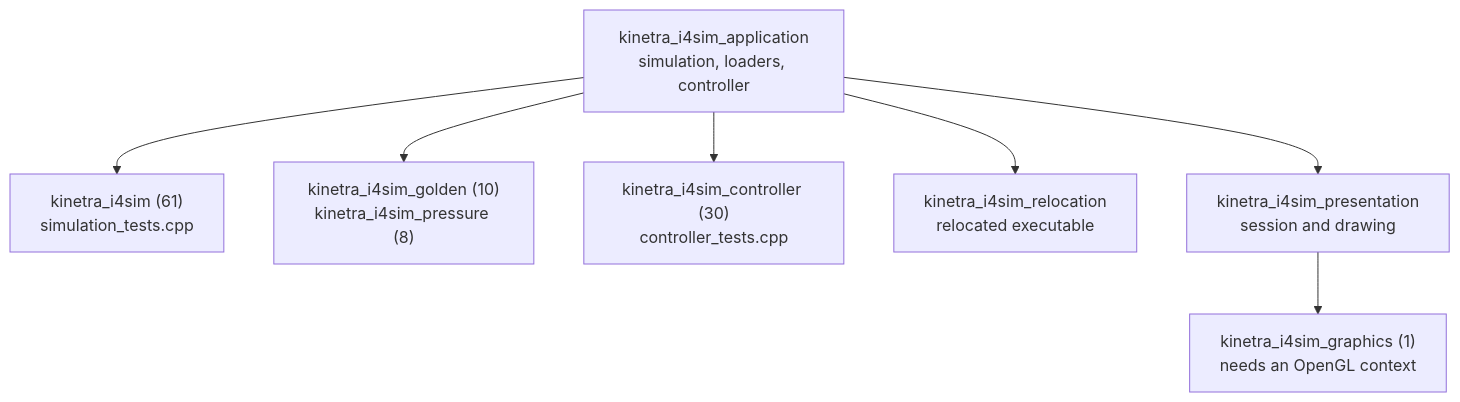
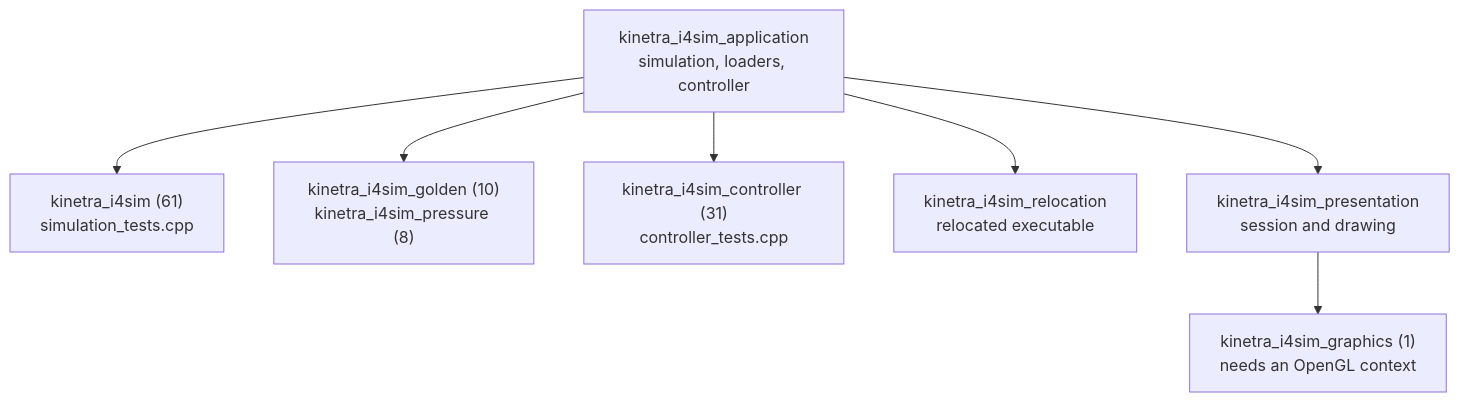
Before and after one commit to SMB-M87/Kinetra-Lab: the diagram in labs/i4sim/tests/README.md, drawn with Mermaid. The commit also changed 4 other files, not shown here.

First line of the commit message:
docs(design): record step 3 review, verification, pull request and roadmap status

````diff
--- a/labs/i4sim/tests/README.md
+++ b/labs/i4sim/tests/README.md
@@ -24,9 +24,9 @@
 ```mermaid
 flowchart TD
     Logic["kinetra_i4sim_application<br/>simulation, loaders, controller"] --> Sim["kinetra_i4sim (61)<br/>simulation_tests.cpp"]
     Logic --> Golden["kinetra_i4sim_golden (10)<br/>kinetra_i4sim_pressure (8)"]
-    Logic --> Controller["kinetra_i4sim_controller (30)<br/>controller_tests.cpp"]
+    Logic --> Controller["kinetra_i4sim_controller (31)<br/>controller_tests.cpp"]
     Logic --> Relocation["kinetra_i4sim_relocation<br/>relocated executable"]
     Presentation["kinetra_i4sim_presentation<br/>session and drawing"] --> Graphics["kinetra_i4sim_graphics (1)<br/>needs an OpenGL context"]
     Logic --> Presentation
 ```
````
